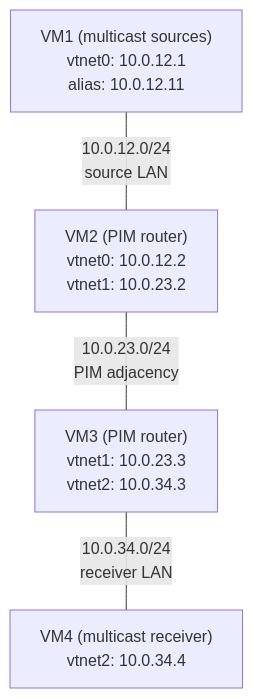
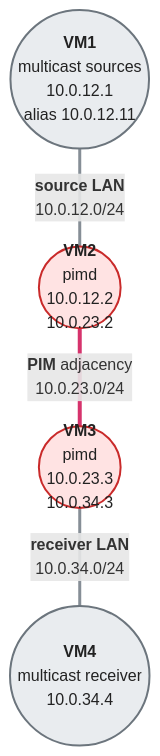
The diagram in docs/documentation/examples/multicast-with-pim-ssm.md (ocochard/bsdrp-website), drawn with Mermaid before and after one commit. The commit also changed 6 other files, not shown here.

First line of the commit message:
examples: one mermaid style for every lab diagram

````diff
--- a/docs/documentation/examples/multicast-with-pim-ssm.md
+++ b/docs/documentation/examples/multicast-with-pim-ssm.md
@@ -22,11 +22,21 @@
 ```mermaid
 flowchart TD
-    VM1["VM1 (multicast sources)<br/>vtnet0: 10.0.12.1<br/>alias: 10.0.12.11"]
-    VM2["VM2 (PIM router)<br/>vtnet0: 10.0.12.2<br/>vtnet1: 10.0.23.2"]
-    VM3["VM3 (PIM router)<br/>vtnet1: 10.0.23.3<br/>vtnet2: 10.0.34.3"]
-    VM4["VM4 (multicast receiver)<br/>vtnet2: 10.0.34.4"]
+    VM1(("<b>VM1</b><br/>multicast sources<br/>10.0.12.1<br/>alias 10.0.12.11"))
+    VM2(("<b>VM2</b><br/>pimd<br/>10.0.12.2<br/>10.0.23.2"))
+    VM3(("<b>VM3</b><br/>pimd<br/>10.0.23.3<br/>10.0.34.3"))
+    VM4(("<b>VM4</b><br/>multicast receiver<br/>10.0.34.4"))
 
-    VM1 ---|"10.0.12.0/24<br/>source LAN"| VM2
-    VM2 ---|"10.0.23.0/24<br/>PIM adjacency"| VM3
-    VM3 ---|"10.0.34.0/24<br/>receiver LAN"| VM4
+    VM1 ---|"<b>source LAN</b><br/>10.0.12.0/24"| VM2
+    VM2 ---|"<b>PIM</b> adjacency<br/>10.0.23.0/24"| VM3
+    VM3 ---|"<b>receiver LAN</b><br/>10.0.34.0/24"| VM4
+
+    classDef frr fill:#fde2c4,stroke:#d9480f,stroke-width:2px,color:#222
+    classDef bird fill:#d0e4f7,stroke:#1c5fa8,stroke-width:2px,color:#222
+    classDef router fill:#ffe3e3,stroke:#c92a2a,stroke-width:2px,color:#222
+    classDef host fill:#e9ecef,stroke:#6c757d,stroke-width:2px,color:#222
+    class VM1,VM4 host
+    class VM2,VM3 router
+
+    linkStyle 0,2 stroke:#868e96,stroke-width:3px
+    linkStyle 1 stroke:#d6336c,stroke-width:4px
 ```
````
